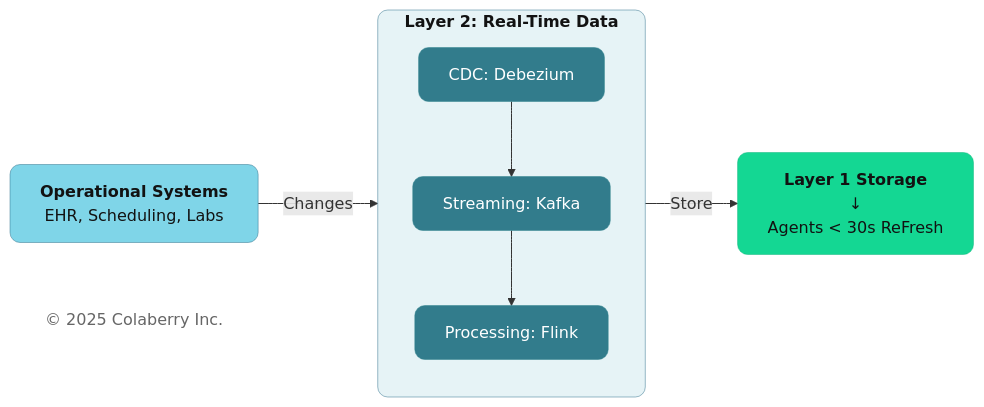
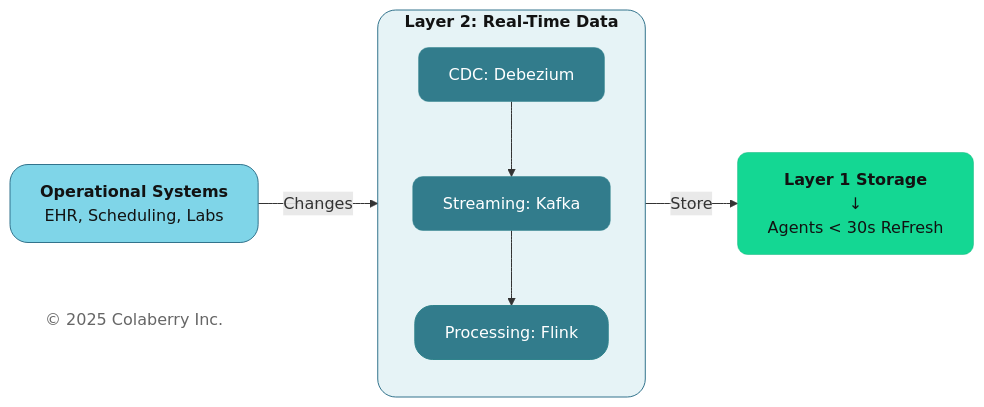
One commit to saitejesh-cyber/trust-before-intelligence-book changed the seventh of 11 diagrams in manuscript/05_chapter_4_foundation_layers.md. Above: the diagram before and after it, drawn with Mermaid. The commit also changed other lines of this file and 12 other files, not shown here.

````diff
--- a/manuscript/05_chapter_4_foundation_layers.md
+++ b/manuscript/05_chapter_4_foundation_layers.md
@@ -781,29 +781,29 @@
 ```mermaid
 
 graph LR
     SOURCE["<b>Operational Systems</b><br/>EHR, Scheduling, Labs"]
 
     subgraph LAYER2["<b>Layer 2: Real-Time Data</b>"]
         direction TB
         CDC["CDC: Debezium"]
         KAFKA["Streaming: Kafka"]
         PROCESS["Processing: Flink"]
         CDC --> KAFKA --> PROCESS
     end
     
     OUTCOME["<b>Layer 1 Storage</b><br/>↓<br/>Agents < 30s ReFresh"]
     
     Copyright["© 2025 Colaberry Inc."]
     
     SOURCE -->|"Changes"| LAYER2
     LAYER2 -->|"Store"| OUTCOME
 
-    style SOURCE fill:#7FD5E8,stroke:#32738C,stroke-width:0.5px,color:#121212,rx:10,ry:10
-    style LAYER2 fill:#E6F3F6,stroke:#32738C,stroke-width:0.5px,color:#121212,rx:10,ry:10
+    style SOURCE fill:#7FD5E8,stroke:#32738C,stroke-width:1px,color:#121212,rx:18,ry:18
+    style LAYER2 fill:#E6F3F6,stroke:#32738C,stroke-width:1px,color:#121212,rx:18,ry:18
     style CDC fill:#327C8C,stroke:#30838C,stroke-width:0.5px,color:#ffffff,rx:10,ry:10
     style KAFKA fill:#327C8C,stroke:#30838C,stroke-width:0.5px,color:#ffffff,rx:10,ry:10
-    style PROCESS fill:#327C8C,stroke:#30838C,stroke-width:0.5px,color:#ffffff,rx:10,ry:10
+    style PROCESS fill:#327C8C,stroke:#30838C,stroke-width:1px,color:#ffffff,rx:18,ry:18
     style OUTCOME fill:#14D793,stroke:#0FB67D,stroke-width:0.5px,color:#121212,rx:10,ry:10
     style Copyright fill:none,stroke:none,color:#666666
 
 ```
````
